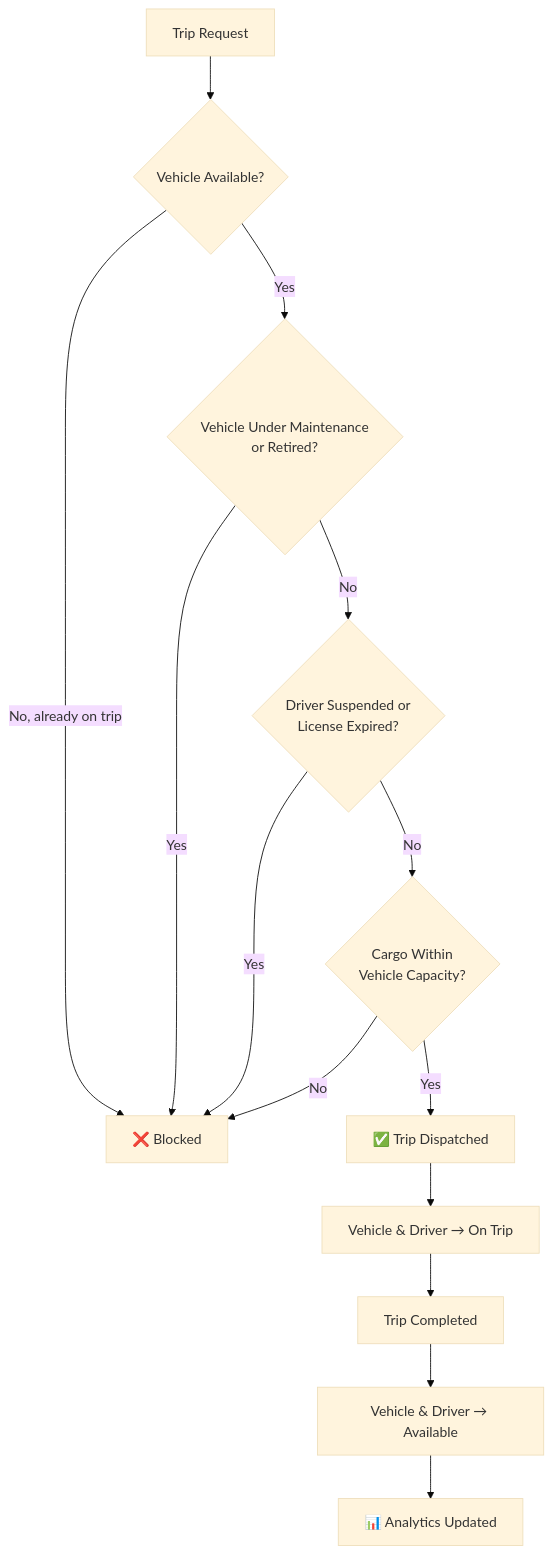
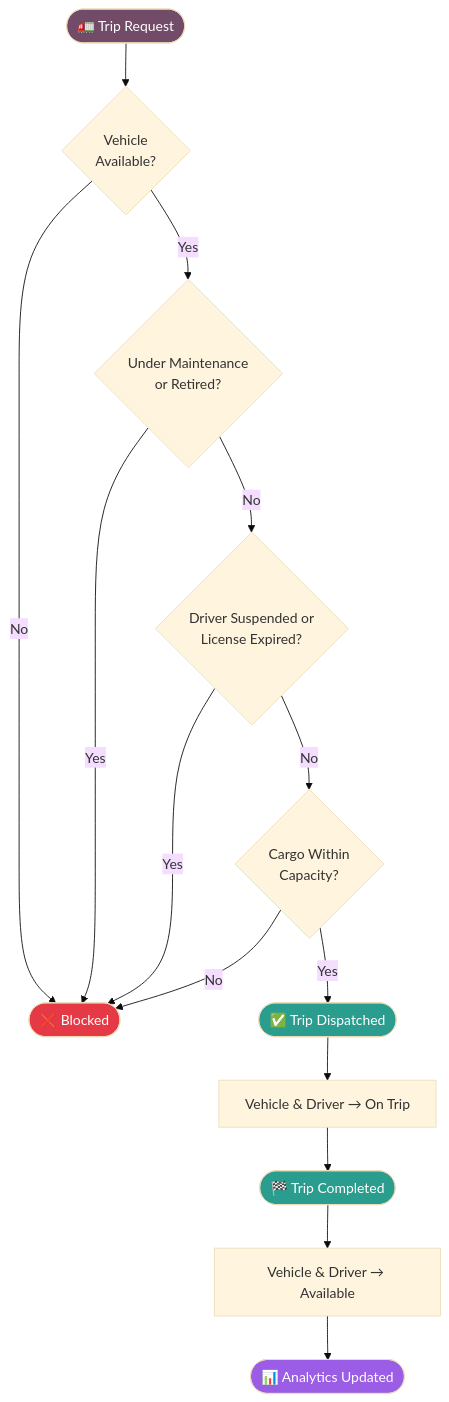
One commit to rohitp9755/TransitOps changed the first of 3 diagrams in README.md. Above: the diagram before and after it, drawn with Mermaid (base theme). The commit also changed other lines of this file, not shown here.

````diff
--- a/README.md
+++ b/README.md
@@ -124,16 +141,22 @@
 ```mermaid
 flowchart TD
-    A[Trip Request] --> B{Vehicle Available?}
-    B -- No, already on trip --> X[❌ Blocked]
-    B -- Yes --> C{Vehicle Under Maintenance<br/>or Retired?}
+    A([🚛 Trip Request]) --> B{Vehicle<br/>Available?}
+    B -- No --> X([❌ Blocked])
+    B -- Yes --> C{Under Maintenance<br/>or Retired?}
     C -- Yes --> X
     C -- No --> D{Driver Suspended or<br/>License Expired?}
     D -- Yes --> X
-    D -- No --> E{Cargo Within<br/>Vehicle Capacity?}
+    D -- No --> E{Cargo Within<br/>Capacity?}
     E -- No --> X
-    E -- Yes --> F[✅ Trip Dispatched]
+    E -- Yes --> F([✅ Trip Dispatched])
     F --> G[Vehicle & Driver → On Trip]
-    G --> H[Trip Completed]
+    G --> H([🏁 Trip Completed])
     H --> I[Vehicle & Driver → Available]
-    I --> J[📊 Analytics Updated]
+    I --> J([📊 Analytics Updated])
+
+    style A fill:#714B67,color:#fff
+    style X fill:#e63946,color:#fff
+    style F fill:#2a9d8f,color:#fff
+    style H fill:#2a9d8f,color:#fff
+    style J fill:#9B5DE5,color:#fff
 ```
````
